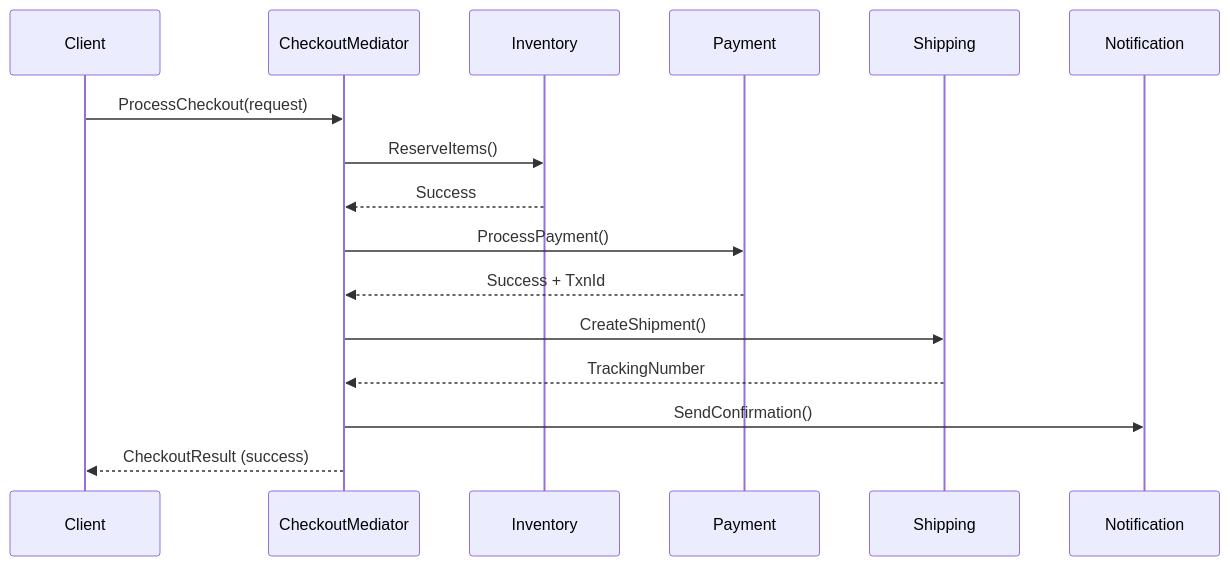
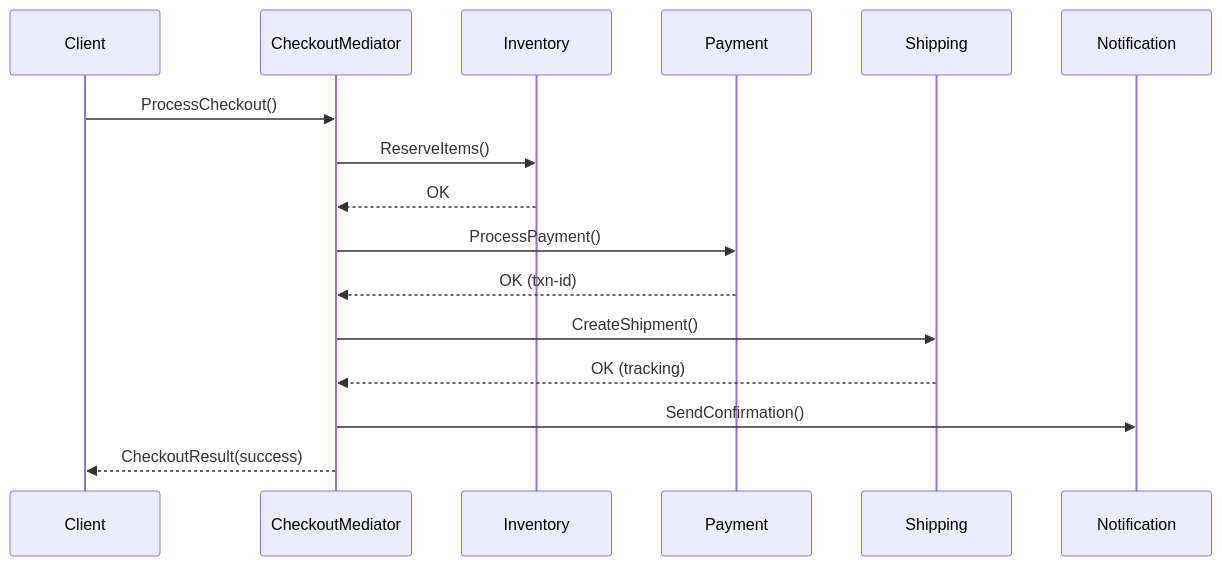
The second of 2 diagrams in src/DesignPatterns.Behavioral/Mediator/README.md (senapatisantosh/DotnetAdvanceDesignPattern), drawn with Mermaid before and after one commit. The commit also changed other lines of this file and 12 other files, not shown here.

````diff
--- a/src/DesignPatterns.Behavioral/Mediator/README.md
+++ b/src/DesignPatterns.Behavioral/Mediator/README.md
@@ -92,19 +94,19 @@
 ```mermaid
 sequenceDiagram
     participant Client
-    participant M as CheckoutMediator
+    participant Med as CheckoutMediator
     participant Inv as Inventory
     participant Pay as Payment
     participant Ship as Shipping
     participant Notif as Notification
 
-    Client->>M: ProcessCheckout(request)
-    M->>Inv: ReserveItems()
-    Inv-->>M: Success
-    M->>Pay: ProcessPayment()
-    Pay-->>M: Success + TxnId
-    M->>Ship: CreateShipment()
-    Ship-->>M: TrackingNumber
-    M->>Notif: SendConfirmation()
-    M-->>Client: CheckoutResult (success)
+    Client->>Med: ProcessCheckout()
+    Med->>Inv: ReserveItems()
+    Inv-->>Med: OK
+    Med->>Pay: ProcessPayment()
+    Pay-->>Med: OK (txn-id)
+    Med->>Ship: CreateShipment()
+    Ship-->>Med: OK (tracking)
+    Med->>Notif: SendConfirmation()
+    Med-->>Client: CheckoutResult(success)
 ```
````
